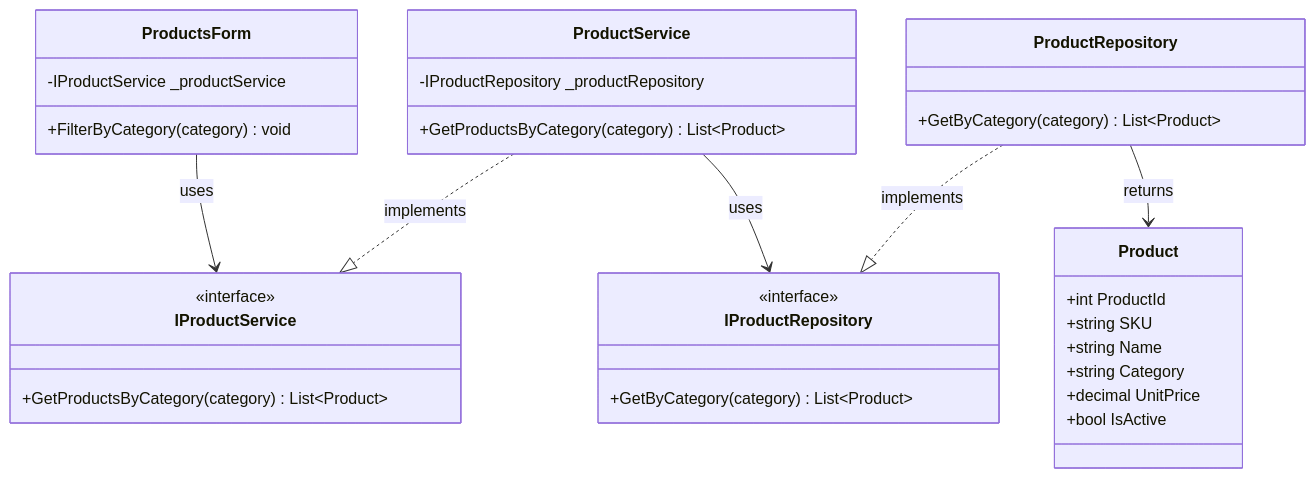
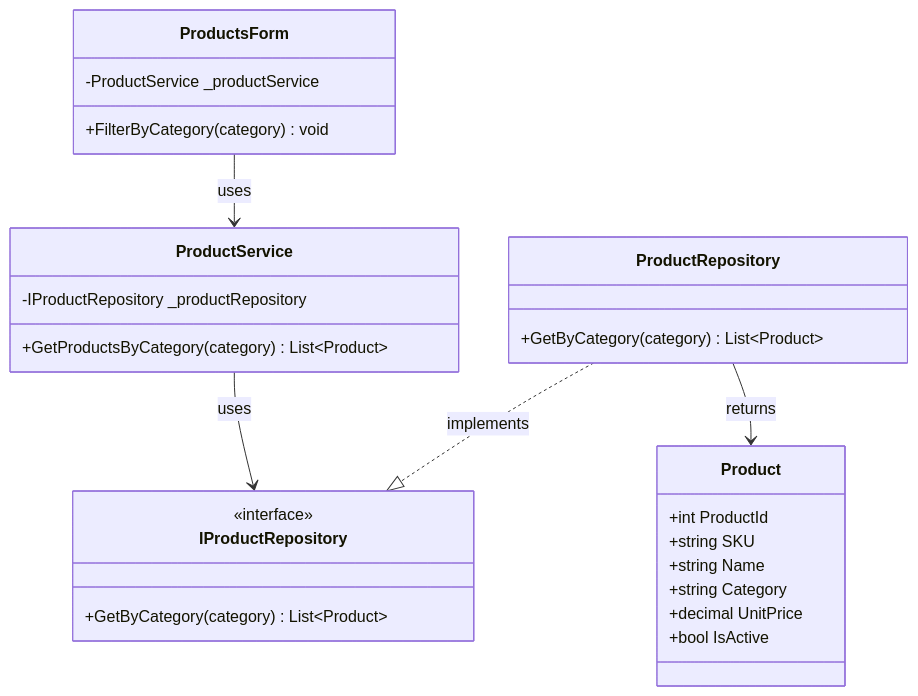
Diagram 11 of 16 in Documentation/UML_Diagrams/13_Products_UseCases.md (nahuk86/tp_diploma_nk_2026), drawn with Mermaid before and after one commit. The commit also changed other lines of this file and 5 other files, not shown here.

First line of the commit message:
Fix UML documentation: remove non-existent BLL service interfaces

````diff
--- a/Documentation/UML_Diagrams/13_Products_UseCases.md
+++ b/Documentation/UML_Diagrams/13_Products_UseCases.md
@@ -430,41 +398,36 @@
 ```mermaid
 classDiagram
     class ProductsForm {
-        -IProductService _productService
+        -ProductService _productService
         +FilterByCategory(category) void
     }
 
-    class IProductService {
-        <<interface>>
-        +GetProductsByCategory(category) List~Product~
-    }
 
     class ProductService {
         -IProductRepository _productRepository
         +GetProductsByCategory(category) List~Product~
     }
 
     class IProductRepository {
         <<interface>>
         +GetByCategory(category) List~Product~
     }
 
     class ProductRepository {
         +GetByCategory(category) List~Product~
     }
 
     class Product {
         +int ProductId
         +string SKU
         +string Name
         +string Category
         +decimal UnitPrice
         +bool IsActive
     }
 
-    ProductsForm --> IProductService : uses
-    ProductService ..|> IProductService : implements
+    ProductsForm --> ProductService : uses
     ProductService --> IProductRepository : uses
     ProductRepository ..|> IProductRepository : implements
     ProductRepository --> Product : returns
 ```
````
